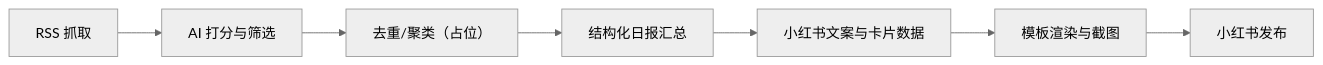
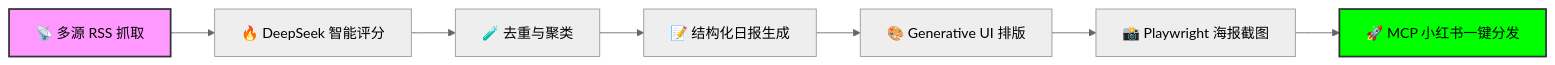
Before and after one commit to Msgcast/AI-Daily: the first of 2 diagrams in README.md, drawn with Mermaid (neutral theme). The commit also changed other lines of this file and 29 other files, not shown here.

````diff
--- a/README.md
+++ b/README.md
@@ -16,9 +28,11 @@
 ```mermaid
 flowchart LR
-  A[RSS 抓取] --> B[AI 打分与筛选]
-  B --> C[去重/聚类（占位）]
-  C --> D[结构化日报汇总]
-  D --> E[小红书文案与卡片数据]
-  E --> F[模板渲染与截图]
-  F --> G[小红书发布]
+    A[📡 多源 RSS 抓取] --> B[🔥 DeepSeek 智能评分]
+    B --> C[🧪 去重与聚类]
+    C --> D[📝 结构化日报生成]
+    D --> E[🎨 Generative UI 排版]
+    E --> F[📸 Playwright 海报截图]
+    F --> G[🚀 MCP 小红书一键分发]
+    style A fill:#f9f,stroke:#333,stroke-width:2px
+    style G fill:#00ff00,stroke:#333,stroke-width:2px
 ```
````
